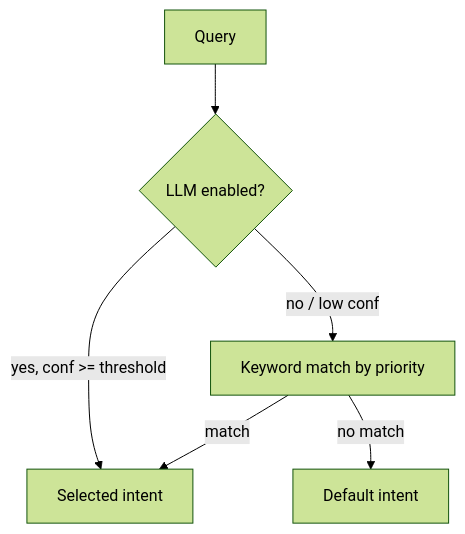
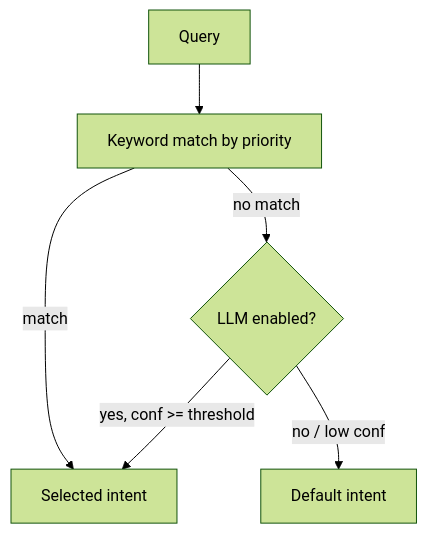
Before and after one commit to baselithcore/baselithcore: the second of 2 diagrams in mkdocs-site/docs/core-modules/orchestration.md, drawn with Mermaid (forest theme). The commit also changed other lines of this file and 69 other files, not shown here.

````diff
--- a/mkdocs-site/docs/core-modules/orchestration.md
+++ b/mkdocs-site/docs/core-modules/orchestration.md
@@ -319,8 +328,8 @@
 ```mermaid
 flowchart TD
-    Query --> LLM{LLM enabled?}
-    LLM --> |yes, conf >= threshold| Handler[Selected intent]
-    LLM --> |no / low conf| Keywords[Keyword match by priority]
-    Keywords --> |match| Handler
-    Keywords --> |no match| Default[Default intent]
+    Query --> Keywords[Keyword match by priority]
+    Keywords --> |match| Handler[Selected intent]
+    Keywords --> |no match| LLM{LLM enabled?}
+    LLM --> |yes, conf >= threshold| Handler
+    LLM --> |no / low conf| Default[Default intent]
 ```
````
